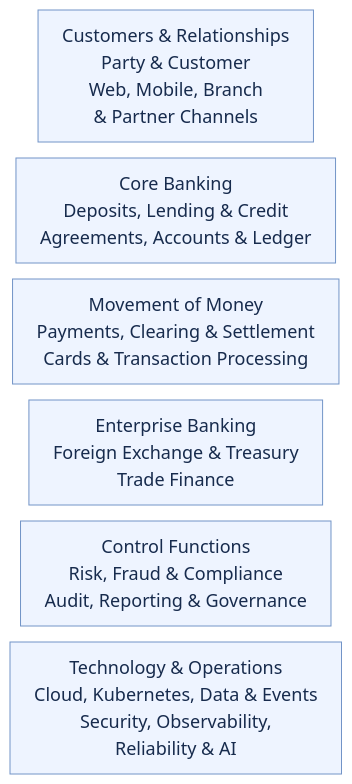
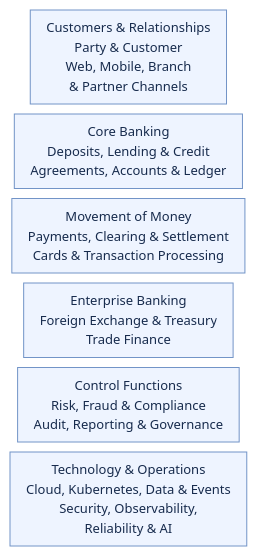
Before and after one commit to vishchandran/epos: the diagram in docs/diagrams/epos-capabilities.mmd, drawn with Mermaid. The commit also changed 3 other files, not shown here.

Commit message:
docs: reduce README diagram typography

```diff
--- a/docs/diagrams/epos-capabilities.mmd
+++ b/docs/diagrams/epos-capabilities.mmd
@@ -1,28 +1,28 @@
 ---
 config:
   theme: base
   themeVariables:
     fontFamily: Arial, sans-serif
-    fontSize: 18px
+    fontSize: 13px
     primaryColor: '#eef4ff'
     primaryTextColor: '#172b4d'
     primaryBorderColor: '#7294c7'
     lineColor: '#526b8e'
   flowchart:
     htmlLabels: false
-    wrappingWidth: 320
-    nodeSpacing: 12
-    rankSpacing: 16
-    padding: 12
+    wrappingWidth: 280
+    nodeSpacing: 8
+    rankSpacing: 10
+    padding: 8
 ---
 flowchart TB
     accTitle: EPOS banking capabilities
     accDescr: Six capability groups, arranged vertically for desktop and mobile reading. Groups are categories, not sequential steps.
     REL["Customers & Relationships<br/>Party & Customer<br/>Web, Mobile, Branch<br/>& Partner Channels"]
     CORE["Core Banking<br/>Deposits, Lending & Credit<br/>Agreements, Accounts & Ledger"]
     MOVE["Movement of Money<br/>Payments, Clearing & Settlement<br/>Cards & Transaction Processing"]
     ENT["Enterprise Banking<br/>Foreign Exchange & Treasury<br/>Trade Finance"]
     CTRL["Control Functions<br/>Risk, Fraud & Compliance<br/>Audit, Reporting & Governance"]
     TECH["Technology & Operations<br/>Cloud, Kubernetes, Data & Events<br/>Security, Observability,<br/>Reliability & AI"]
 
     REL ~~~ CORE ~~~ MOVE ~~~ ENT ~~~ CTRL ~~~ TECH
```
